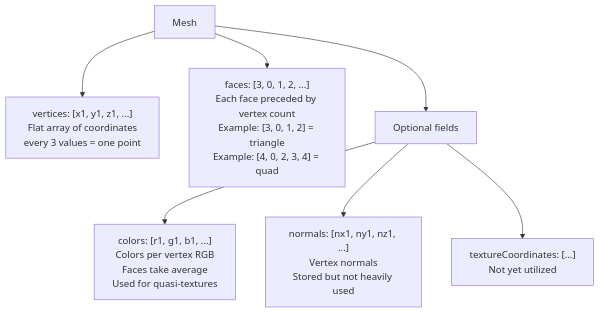
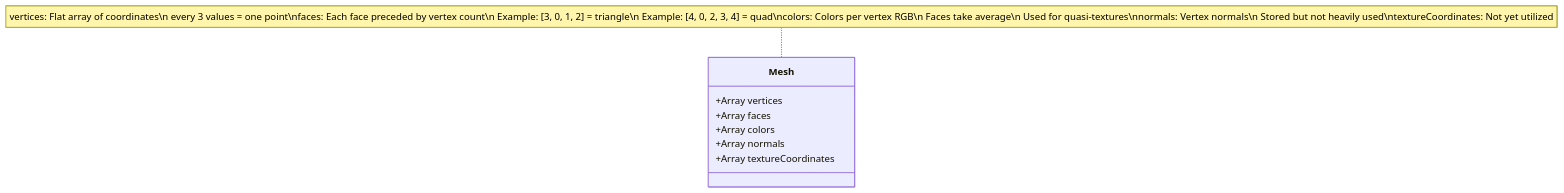
Before and after one commit to specklesystems/speckle-docs-NEW: the second of 4 diagrams in developers/data-schema/geometry-schema.mdx, drawn with Mermaid. The commit also changed other lines of this file and 1 other file, not shown here.

First line of the commit message:
Updates geometry and object schemas with diagrams

````diff
--- a/developers/data-schema/geometry-schema.mdx
+++ b/developers/data-schema/geometry-schema.mdx
@@ -64,9 +79,11 @@
 ```mermaid
-graph TD
-    A[Mesh] --> B["vertices: [x1, y1, z1, ...]<br/>Flat array of coordinates<br/>every 3 values = one point"]
-    A --> C["faces: [3, 0, 1, 2, ...]<br/>Each face preceded by vertex count<br/>Example: [3, 0, 1, 2] = triangle<br/>Example: [4, 0, 2, 3, 4] = quad"]
-    A --> D[Optional fields]
-    D --> E["colors: [r1, g1, b1, ...]<br/>Colors per vertex RGB<br/>Faces take average<br/>Used for quasi-textures"]
-    D --> F["normals: [nx1, ny1, nz1, ...]<br/>Vertex normals<br/>Stored but not heavily used"]
-    D --> G["textureCoordinates: [...]<br/>Not yet utilized"]
+classDiagram
+    class Mesh {
+        +Array vertices
+        +Array faces
+        +Array colors
+        +Array normals
+        +Array textureCoordinates
+    }
+    note for Mesh "vertices: Flat array of coordinates\n every 3 values = one point\nfaces: Each face preceded by vertex count\n Example: [3, 0, 1, 2] = triangle\n Example: [4, 0, 2, 3, 4] = quad\ncolors: Colors per vertex RGB\n Faces take average\n Used for quasi-textures\nnormals: Vertex normals\n Stored but not heavily used\ntextureCoordinates: Not yet utilized"
 ```
````
